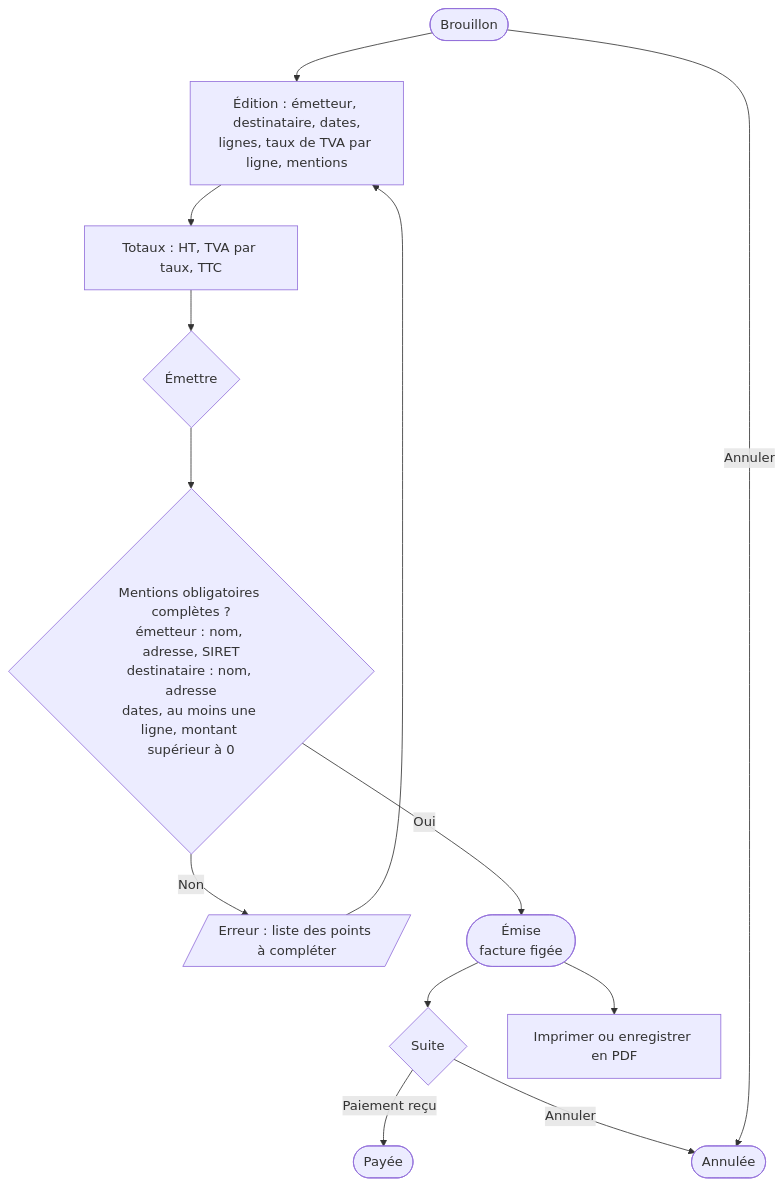
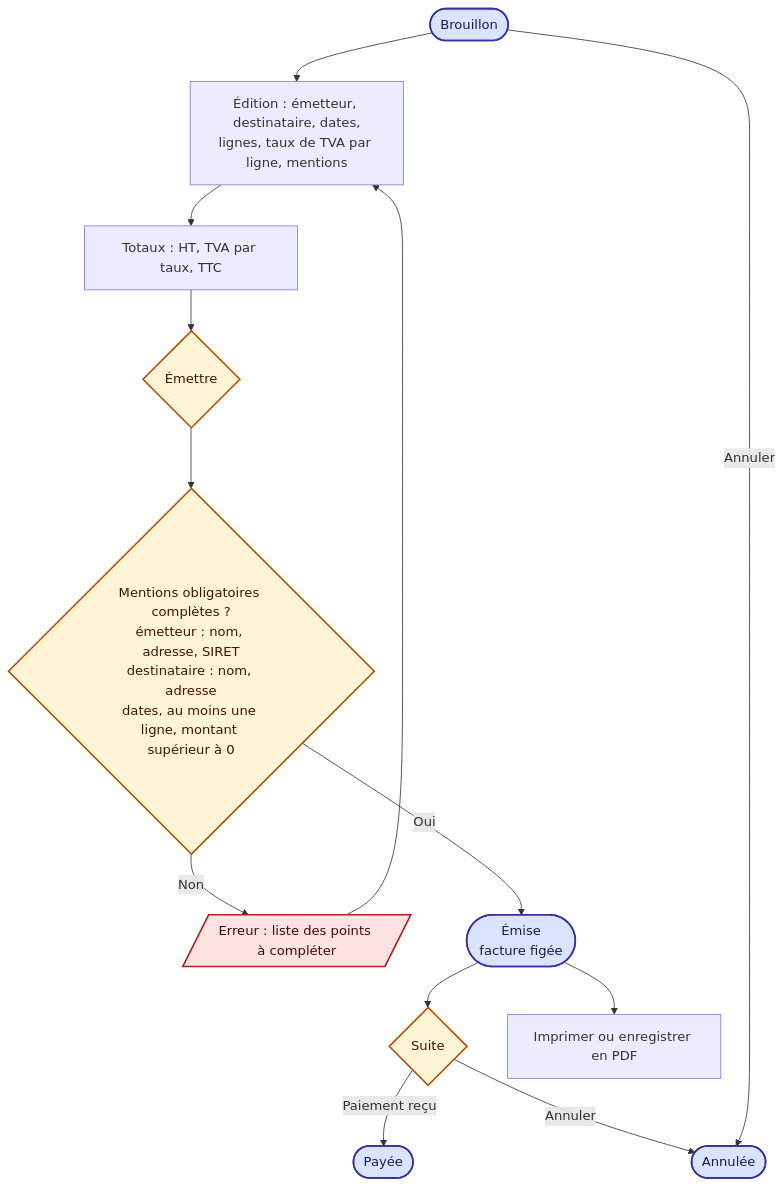
One commit to Mogot77/Application_Gestion_Travaux changed the second of 2 diagrams in docs/organigrammes/09-refacturation.md. Above: the diagram before and after it, drawn with Mermaid. The commit also changed other lines of this file and 32 other files, not shown here.

Commit message:
docs: rework flowcharts for readability (colors, larger text, split long diagrams, recent rules)

````diff
--- a/docs/organigrammes/09-refacturation.md
+++ b/docs/organigrammes/09-refacturation.md
@@ -24,15 +31,23 @@
 ```mermaid
 flowchart TD
     A([Brouillon]) --> B[Édition : émetteur, destinataire, dates,<br/>lignes, taux de TVA par ligne, mentions]
     B --> C[Totaux : HT, TVA par taux, TTC]
     C --> D{Émettre}
     D --> E{Mentions obligatoires complètes ?<br/>émetteur : nom, adresse, SIRET<br/>destinataire : nom, adresse<br/>dates, au moins une ligne, montant supérieur à 0}
     E -- Non --> E1[/Erreur : liste des points à compléter/]
     E1 --> B
     E -- Oui --> F([Émise<br/>facture figée])
     F --> G{Suite}
     G -- Paiement reçu --> H([Payée])
     G -- Annuler --> I([Annulée])
     A -- Annuler --> I
     F --> J[Imprimer ou enregistrer en PDF]
+    %% styles communs
+    classDef dec fill:#fff4d6,stroke:#b45309,stroke-width:2px,color:#431407
+    classDef term fill:#dbe4ff,stroke:#3730a3,stroke-width:2px,color:#1e1b4b
+    classDef err fill:#fde2e2,stroke:#b91c1c,stroke-width:2px,color:#450a0a
+    classDef ok fill:#dcfce7,stroke:#15803d,stroke-width:2px,color:#052e16
+    class D,E,G dec
+    class A,F,H,I term
+    class E1 err
 ```
````
